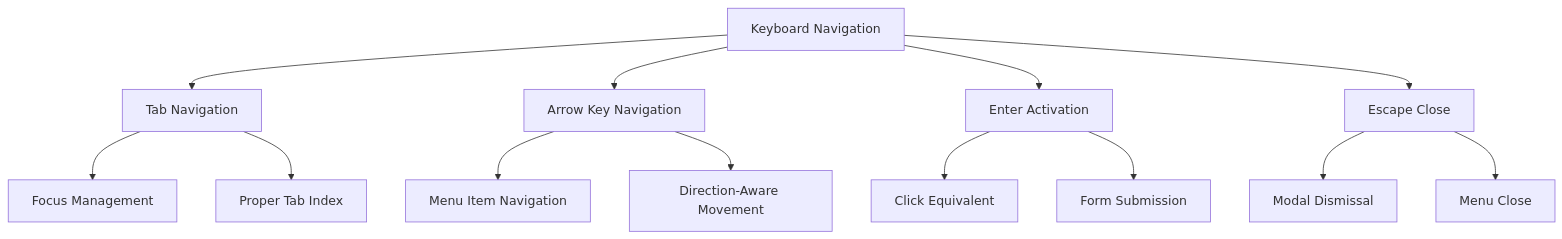
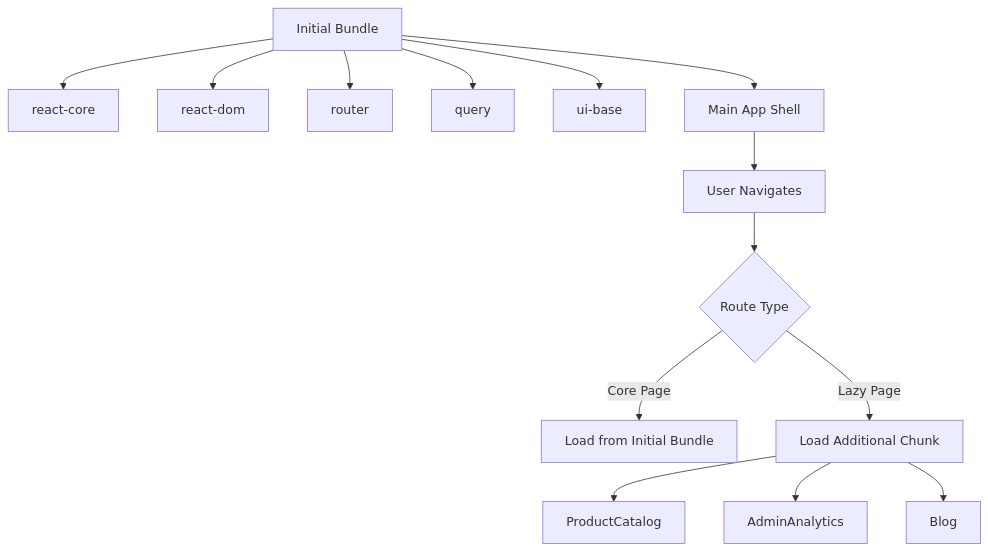
The fifth of 7 diagrams in .qoder/repowiki/en/content/Frontend Architecture/Routing & Navigation.md (sleekapparels-admin/sleekapp-v100), drawn with Mermaid before and after one commit. The commit also changed other lines of this file and 337 other files, not shown here.

````diff
--- a/.qoder/repowiki/en/content/Frontend Architecture/Routing & Navigation.md
+++ b/.qoder/repowiki/en/content/Frontend Architecture/Routing & Navigation.md
@@ -510,15 +180,16 @@
 ```mermaid
-flowchart TD
-KeyboardNav[Keyboard Navigation] --> TabNavigation[Tab Navigation]
-KeyboardNav --> ArrowKeys[Arrow Key Navigation]
-KeyboardNav --> EnterActivation[Enter Activation]
-KeyboardNav --> EscapeClose[Escape Close]
-TabNavigation --> FocusManagement[Focus Management]
-TabNavigation --> TabIndex[Proper Tab Index]
-ArrowKeys --> MenuNavigation[Menu Item Navigation]
-ArrowKeys --> DirectionAware[Direction-Aware Movement]
-EnterActivation --> ClickEquivalent[Click Equivalent]
-EnterActivation --> FormSubmission[Form Submission]
-EscapeClose --> ModalDismissal[Modal Dismissal]
-EscapeClose --> MenuClose[Menu Close]
+graph TD
+A[Initial Bundle] --> B[react-core]
+A --> C[react-dom]
+A --> D[router]
+A --> E[query]
+A --> F[ui-base]
+A --> G[Main App Shell]
+G --> H[User Navigates]
+H --> I{Route Type}
+I --> |Core Page| J[Load from Initial Bundle]
+I --> |Lazy Page| K[Load Additional Chunk]
+K --> L[ProductCatalog]
+K --> M[AdminAnalytics]
+K --> N[Blog]
 ```
````
